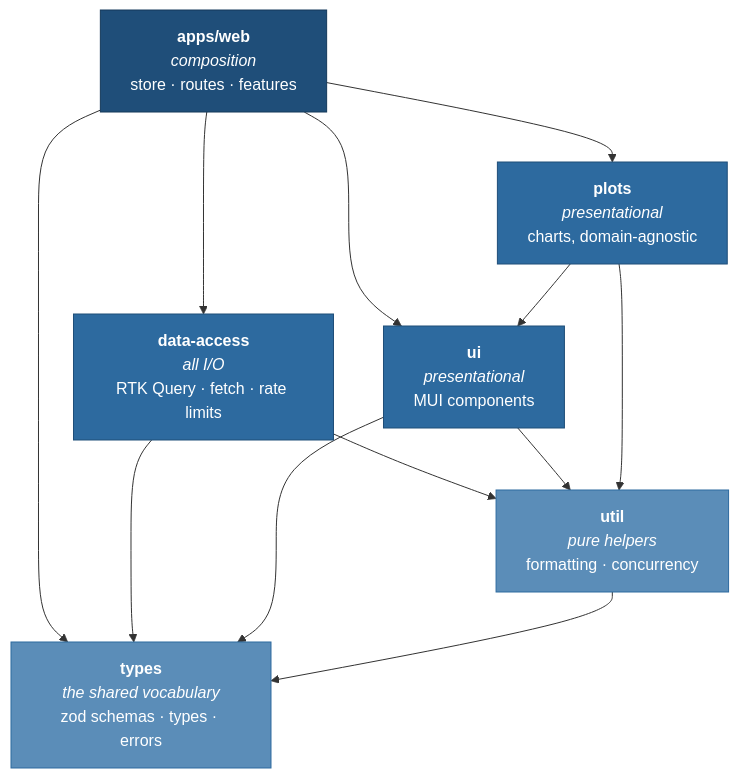
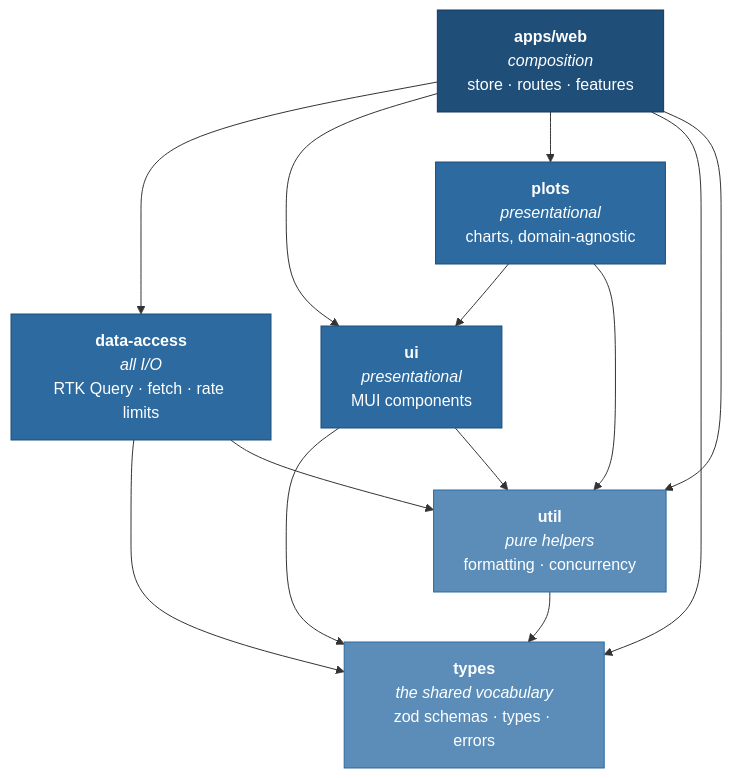
The first of 2 diagrams in ARCHITECTURE.md (sherif3hassan/repo-radar), drawn with Mermaid before and after one commit. The commit also changed other lines of this file and 7 other files, not shown here.

````diff
--- a/ARCHITECTURE.md
+++ b/ARCHITECTURE.md
@@ -8,33 +8,34 @@
 ```mermaid
 flowchart TD
     web["<b>apps/web</b><br/><i>composition</i><br/>store · routes · features"]
 
     da["<b>data-access</b><br/><i>all I/O</i><br/>RTK Query · fetch · rate limits"]
     ui["<b>ui</b><br/><i>presentational</i><br/>MUI components"]
     plots["<b>plots</b><br/><i>presentational</i><br/>charts, domain-agnostic"]
 
     types["<b>types</b><br/><i>the shared vocabulary</i><br/>zod schemas · types · errors"]
     util["<b>util</b><br/><i>pure helpers</i><br/>formatting · concurrency"]
 
     web --> da
     web --> ui
     web --> plots
     web --> types
+    web --> util
 
     da --> types
     da --> util
 
     ui --> types
     ui --> util
 
     plots --> ui
     plots --> util
     util --> types
 
     classDef app fill:#1f4e79,stroke:#14395a,color:#fff
     classDef mid fill:#2d6a9f,stroke:#1f4e79,color:#fff
     classDef base fill:#5b8db8,stroke:#2d6a9f,color:#fff
     class web app
     class da,ui,plots mid
     class types,util base
 ```
````
